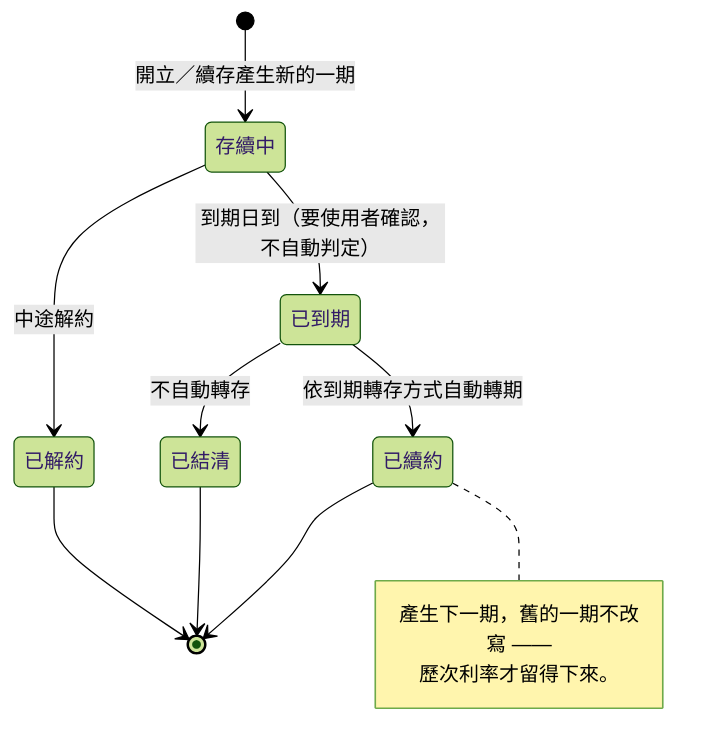
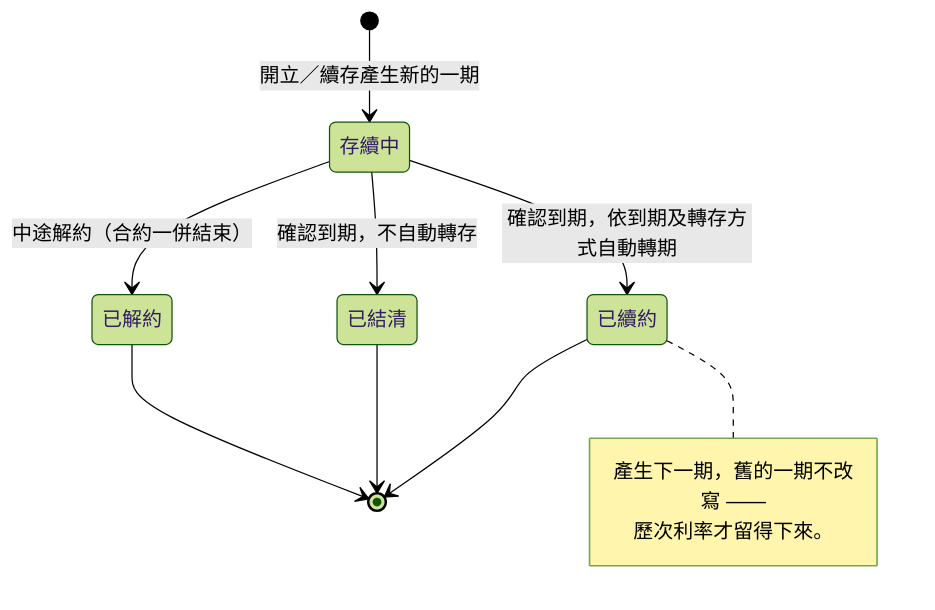
One commit to SpringRain555/tagcor-ledger changed the fifth of 5 diagrams in docs/architecture/state-machines.md. Above: the diagram before and after it, drawn with Mermaid (forest theme). The commit also changed other lines of this file and 45 other files, not shown here.

````diff
--- a/docs/architecture/state-machines.md
+++ b/docs/architecture/state-machines.md
@@ -327,15 +348,14 @@
 ```mermaid
 stateDiagram-v2
     [*] --> 存續中: 開立／續存產生新的一期
-    存續中 --> 已到期: 到期日到（要使用者確認，不自動判定）
-    存續中 --> 已解約: 中途解約
-    已到期 --> 已續約: 依到期轉存方式自動轉期
-    已到期 --> 已結清: 不自動轉存
+    存續中 --> 已續約: 確認到期，依到期及轉存方式自動轉期
+    存續中 --> 已結清: 確認到期，不自動轉存
+    存續中 --> 已解約: 中途解約（合約一併結束）
     已續約 --> [*]
     已結清 --> [*]
     已解約 --> [*]
     note right of 已續約
         產生下一期，舊的一期不改寫 ——
         歷次利率才留得下來。
     end note
 ```
````
